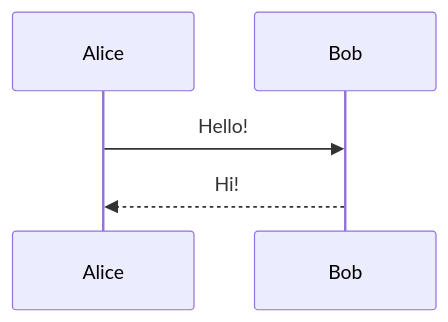
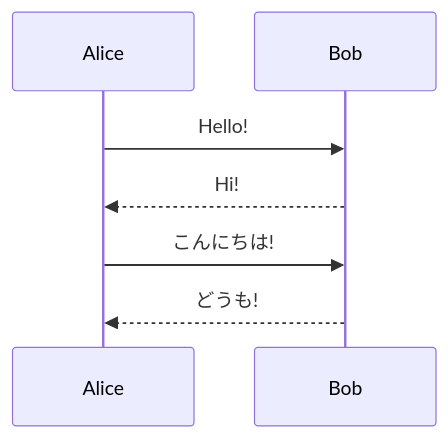
One commit to kei2100/cheetsheet changed the diagram in mermaid.md. Above: the diagram before and after it, drawn with Mermaid.

````diff
--- a/mermaid.md
+++ b/mermaid.md
@@ -1,8 +1,11 @@
 ```mermaid
 sequenceDiagram
   participant Alice
   participant Bob
 
   Alice ->> Bob: Hello!
   Bob -->> Alice: Hi!
+  
+  Alice ->> Bob: こんにちは!
+  Bob -->> Alice: どうも!  
 ```  
````
